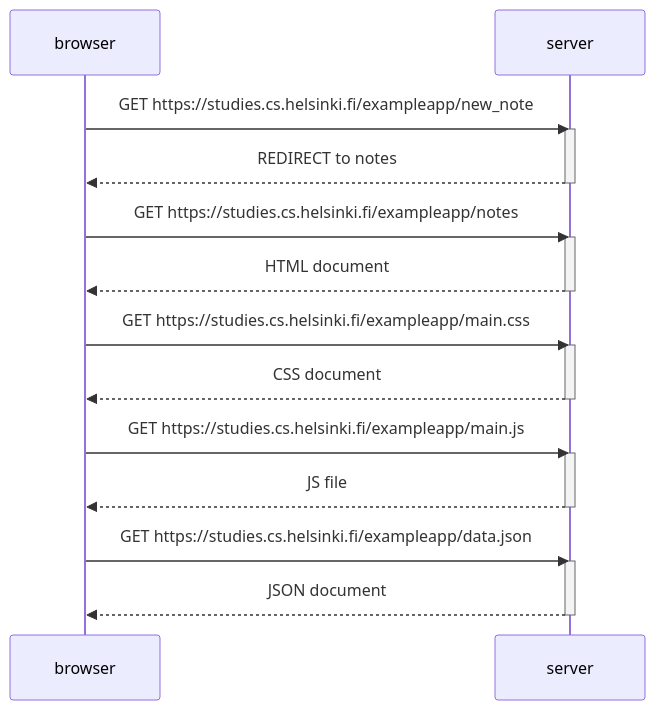
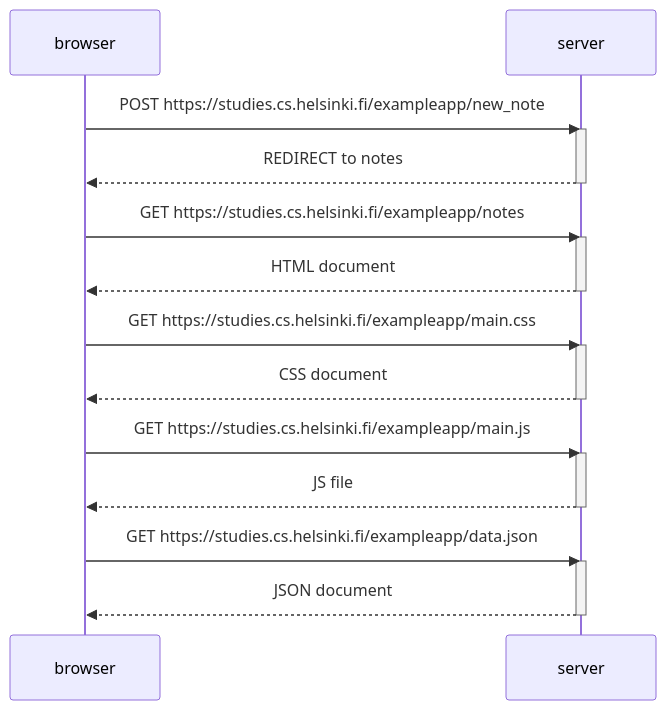
One commit to iltelko2/fullstackopen changed the diagram in part0/exercise0.4/diagram.md. Above: the diagram before and after it, drawn with Mermaid. The commit also changed 1 other file, not shown here.

Commit message:
exer 0.4 0.5

````diff
--- a/part0/exercise0.4/diagram.md
+++ b/part0/exercise0.4/diagram.md
@@ -1,30 +1,30 @@
 ```mermaid
 sequenceDiagram
     participant browser
     participant server
 
-    browser->>server: GET https://studies.cs.helsinki.fi/exampleapp/new_note
+    browser->>server: POST https://studies.cs.helsinki.fi/exampleapp/new_note
     activate server
     server-->>browser: REDIRECT to notes
     deactivate server
 
     browser->>server: GET https://studies.cs.helsinki.fi/exampleapp/notes
     activate server
     server-->>browser: HTML document
     deactivate server
 
     browser->>server: GET https://studies.cs.helsinki.fi/exampleapp/main.css
     activate server
     server-->>browser: CSS document    
     deactivate server
 
     browser->>server: GET https://studies.cs.helsinki.fi/exampleapp/main.js
     activate server
     server-->>browser: JS file    
     deactivate server
 
     browser->>server: GET https://studies.cs.helsinki.fi/exampleapp/data.json   
     activate server
     server-->>browser: JSON document   
     deactivate server
 ```
````
